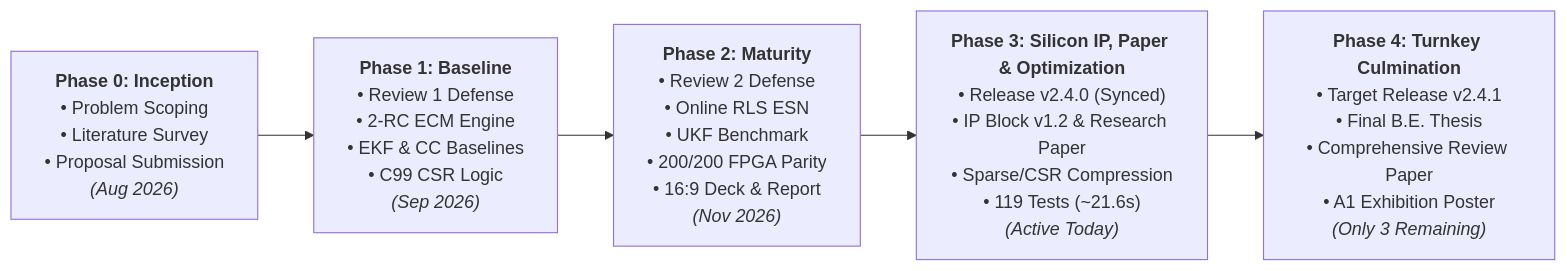
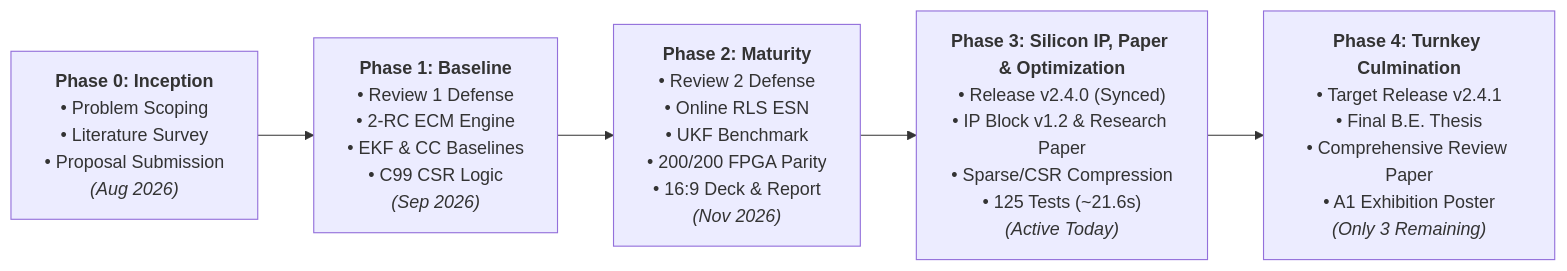
One commit to tanish-jain-225/Battery_State_Estimator_BE_Project_2026_2027 changed the second of 3 diagrams in README.md. Above: the diagram before and after it, drawn with Mermaid. The commit also changed other lines of this file and 15 other files, not shown here.

````diff
--- a/README.md
+++ b/README.md
@@ -206,7 +206,7 @@
 ```mermaid
 flowchart LR
     M0["<b>Phase 0: Inception</b><br/>• Problem Scoping<br/>• Literature Survey<br/>• Proposal Submission<br/><i>(Aug 2026)</i>"] --> M1["<b>Phase 1: Baseline</b><br/>• Review 1 Defense<br/>• 2-RC ECM Engine<br/>• EKF & CC Baselines<br/>• C99 CSR Logic<br/><i>(Sep 2026)</i>"]
     M1 --> M2["<b>Phase 2: Maturity</b><br/>• Review 2 Defense<br/>• Online RLS ESN<br/>• UKF Benchmark<br/>• 200/200 FPGA Parity<br/>• 16:9 Deck & Report<br/><i>(Nov 2026)</i>"]
-    M2 --> M3["<b>Phase 3: Silicon IP, Paper & Optimization</b><br/>• Release v2.4.0 (Synced)<br/>• IP Block v1.2 & Research Paper<br/>• Sparse/CSR Compression<br/>• 119 Tests (~21.6s)<br/><i>(Active Today)</i>"]
+    M2 --> M3["<b>Phase 3: Silicon IP, Paper & Optimization</b><br/>• Release v2.4.0 (Synced)<br/>• IP Block v1.2 & Research Paper<br/>• Sparse/CSR Compression<br/>• 125 Tests (~21.6s)<br/><i>(Active Today)</i>"]
     M3 --> M4["<b>Phase 4: Turnkey Culmination</b><br/>• Target Release v2.4.1<br/>• Final B.E. Thesis<br/>• Comprehensive Review Paper<br/>• A1 Exhibition Poster<br/><i>(Only 3 Remaining)</i>"]
 ```
````
